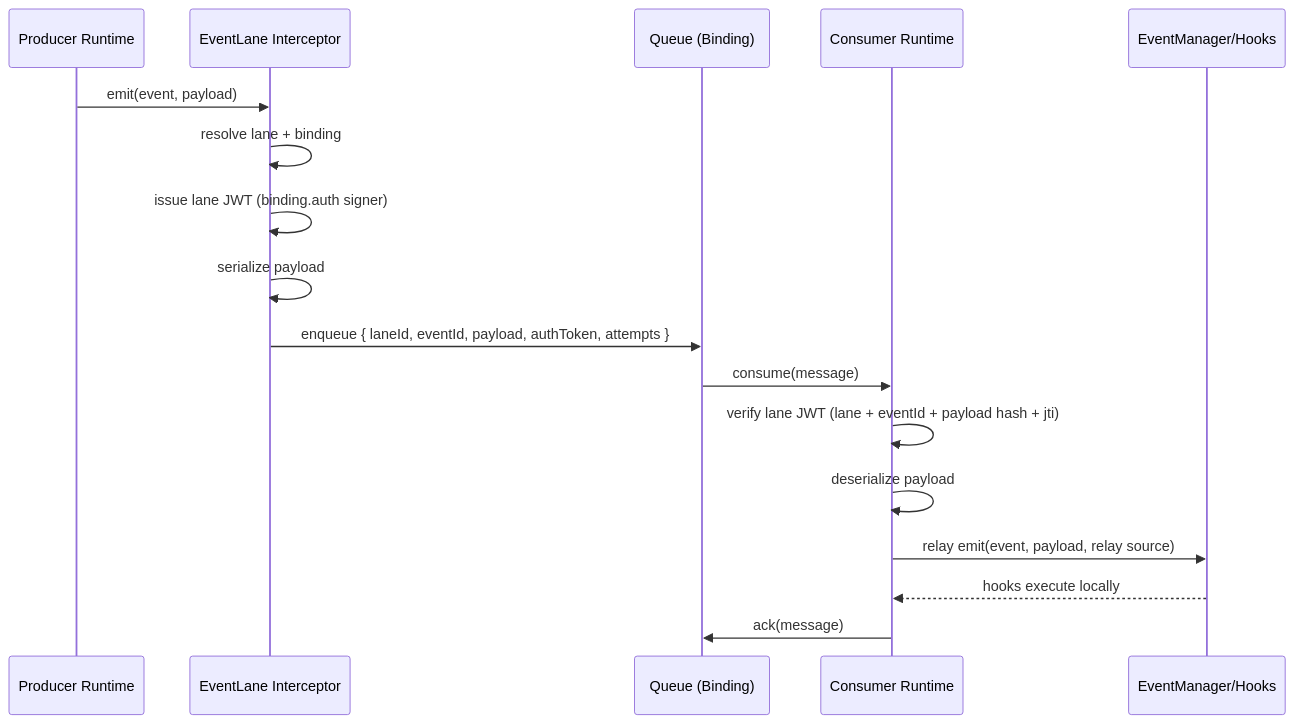
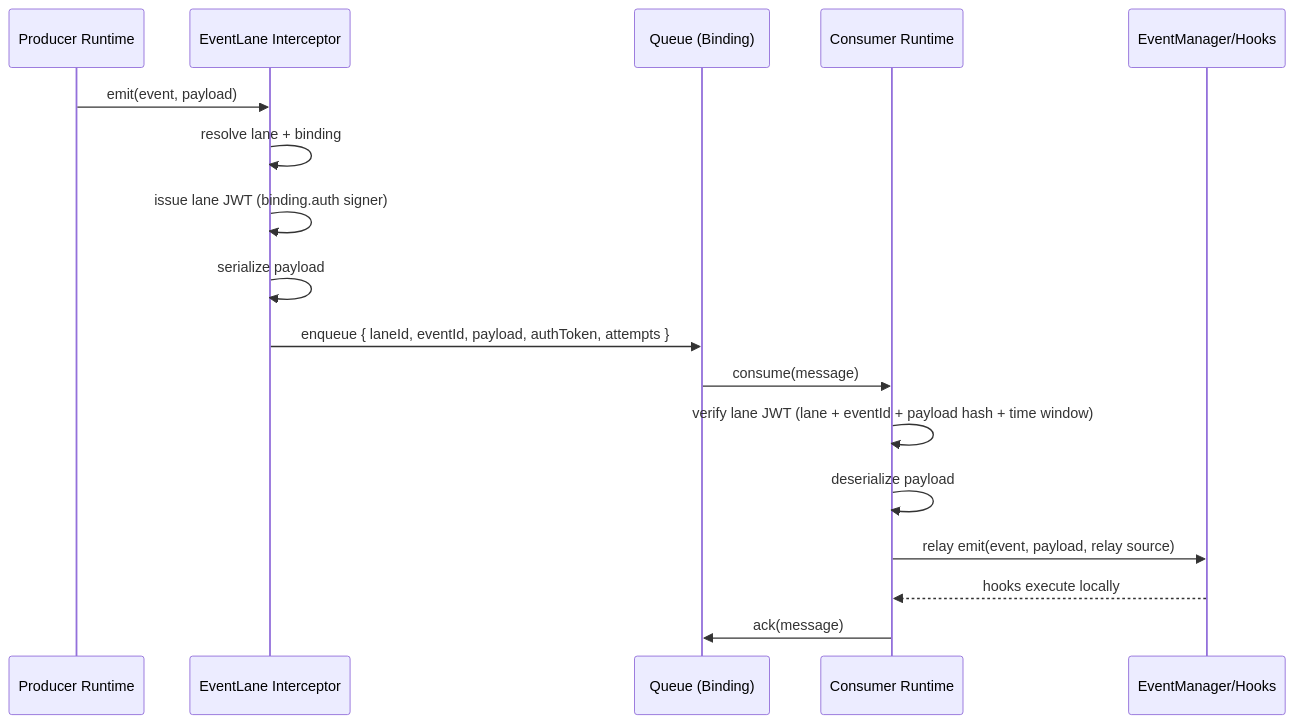
One commit to bluelibs/runner changed the third of 4 diagrams in readmes/REMOTE_LANES.md. Above: the diagram before and after it, drawn with Mermaid. The commit also changed other lines of this file and 22 other files, not shown here.

Commit message:
refactor(auth): remove replay protection and related logic from auth flow

````diff
--- a/readmes/REMOTE_LANES.md
+++ b/readmes/REMOTE_LANES.md
@@ -326,21 +326,21 @@
 ```mermaid
 sequenceDiagram
     participant P as Producer Runtime
     participant EI as EventLane Interceptor
     participant Q as Queue (Binding)
     participant C as Consumer Runtime
     participant EM as EventManager/Hooks
 
     P->>EI: emit(event, payload)
     EI->>EI: resolve lane + binding
     EI->>EI: issue lane JWT (binding.auth signer)
     EI->>EI: serialize payload
     EI->>Q: enqueue { laneId, eventId, payload, authToken, attempts }
 
     Q->>C: consume(message)
-    C->>C: verify lane JWT (lane + eventId + payload hash + jti)
+    C->>C: verify lane JWT (lane + eventId + payload hash + time window)
     C->>C: deserialize payload
     C->>EM: relay emit(event, payload, relay source)
     EM-->>C: hooks execute locally
     C->>Q: ack(message)
 ```
````
